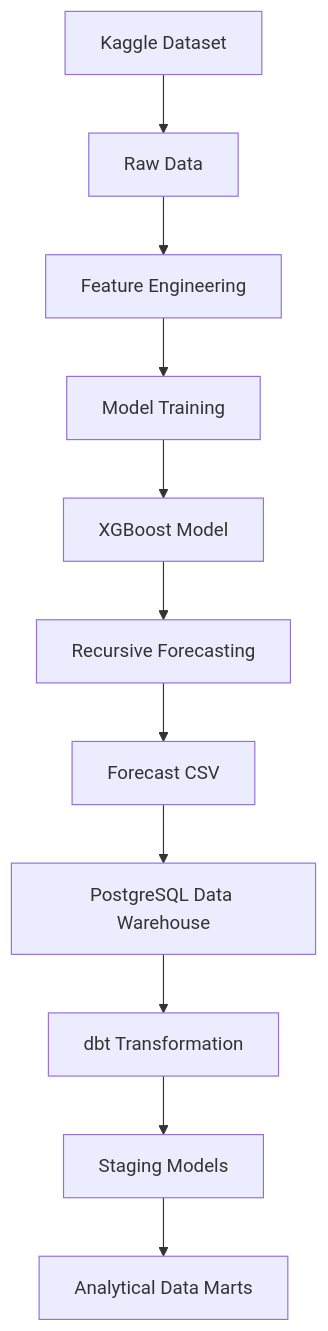
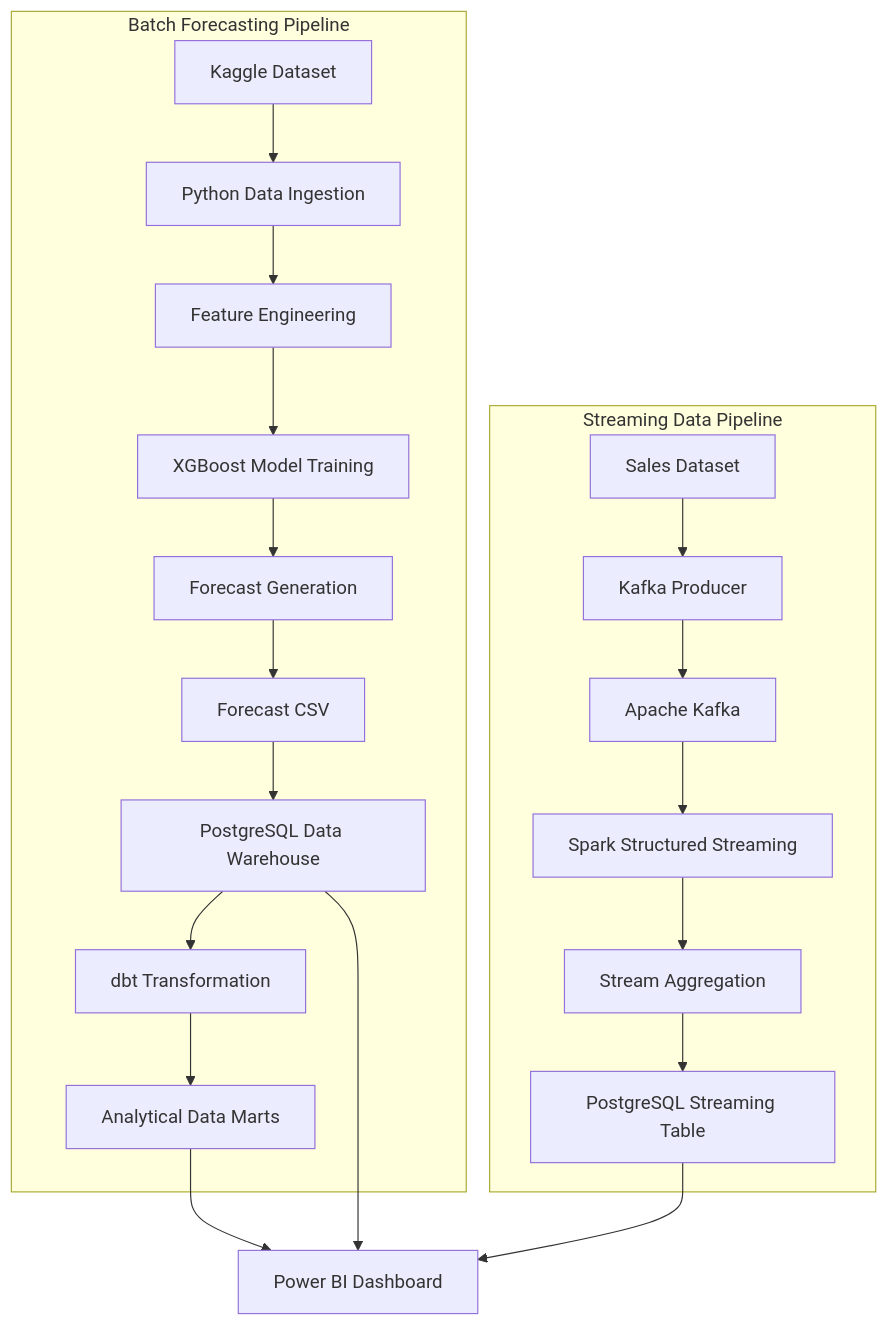
The first of 3 diagrams in docs/architecture.md (SSgream/ecommerce-data-intelligence), drawn with Mermaid before and after one commit. The commit also changed other lines of this file and 4 other files, not shown here.

````diff
--- a/docs/architecture.md
+++ b/docs/architecture.md
@@ -50,13 +38,25 @@
 ```mermaid
-flowchart TD
-    A[Kaggle Dataset] --> B[Raw Data]
-    B --> C[Feature Engineering]
-    C --> D[Model Training]
-    D --> E[XGBoost Model]
-    E --> F[Recursive Forecasting]
-    F --> G[Forecast CSV]
-    G --> H[PostgreSQL Data Warehouse]
-    H --> I[dbt Transformation]
-    I --> J[Staging Models]
-    J --> K[Analytical Data Marts]
+flowchart TB
+    subgraph BATCH["Batch Forecasting Pipeline"]
+        A["Kaggle Dataset"] --> B["Python Data Ingestion"]
+        B --> C["Feature Engineering"]
+        C --> D["XGBoost Model Training"]
+        D --> E["Forecast Generation"]
+        E --> F["Forecast CSV"]
+        F --> G["PostgreSQL Data Warehouse"]
+        G --> H["dbt Transformation"]
+        H --> I["Analytical Data Marts"]
+    end
+
+    subgraph STREAM["Streaming Data Pipeline"]
+        J["Sales Dataset"] --> K["Kafka Producer"]
+        K --> L["Apache Kafka"]
+        L --> M["Spark Structured Streaming"]
+        M --> N["Stream Aggregation"]
+        N --> O["PostgreSQL Streaming Table"]
+    end
+
+    I --> P["Power BI Dashboard"]
+    G --> P
+    O --> P
 ```
````
